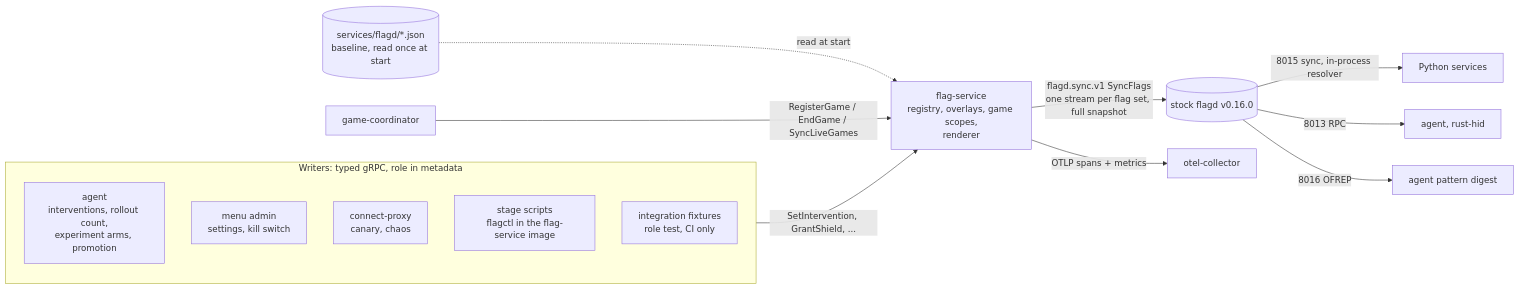
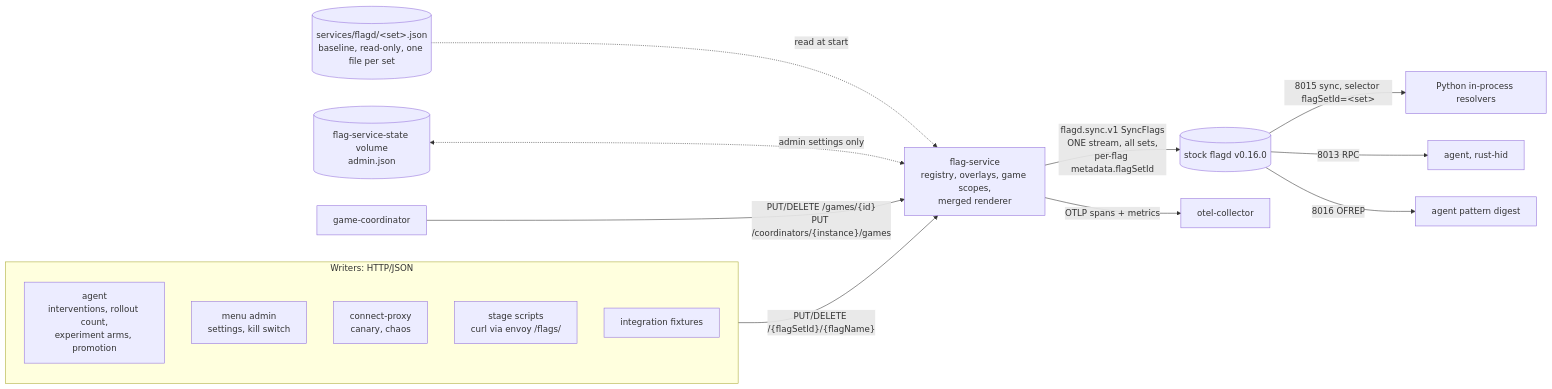
The diagram in docs/architecture/flag-service.md (WatchMeJoustMyFlags/JoustMania), drawn with Mermaid before and after one commit. The commit also changed other lines of this file and 8 other files, not shown here.

````diff
--- a/docs/architecture/flag-service.md
+++ b/docs/architecture/flag-service.md
@@ -49,18 +67,19 @@
 ```mermaid
 flowchart LR
-    files[("services/flagd/*.json<br/>baseline, read once at start")] -.read at start.-> fs
-    subgraph writers [Writers: typed gRPC, role in metadata]
+    files[("services/flagd/&lt;set&gt;.json<br/>baseline, read-only, one file per set")] -.read at start.-> fs
+    admin[("flag-service-state volume<br/>admin.json")] <-.admin settings only.-> fs
+    subgraph writers [Writers: HTTP/JSON]
         agent[agent<br/>interventions, rollout count,<br/>experiment arms, promotion]
         menu[menu admin<br/>settings, kill switch]
         cproxy[connect-proxy<br/>canary, chaos]
-        stage[stage scripts<br/>flagctl in the flag-service image]
-        tests[integration fixtures<br/>role test, CI only]
+        stage[stage scripts<br/>curl via envoy /flags/]
+        tests[integration fixtures]
     end
-    gc[game-coordinator] -->|RegisterGame / EndGame / SyncLiveGames| fs
-    writers -->|SetIntervention, GrantShield, ...| fs
-    fs[flag-service<br/>registry, overlays, game scopes,<br/>renderer] -->|"flagd.sync.v1 SyncFlags<br/>one stream per flag set, full snapshot"| flagd[(stock flagd v0.16.0)]
-    flagd -->|8015 sync, in-process resolver| py[Python services]
+    gc[game-coordinator] -->|"PUT/DELETE /games/{id}<br/>PUT /coordinators/{instance}/games"| fs
+    writers -->|"PUT/DELETE /{flagSetId}/{flagName}"| fs
+    fs[flag-service<br/>registry, overlays, game scopes,<br/>merged renderer] -->|"flagd.sync.v1 SyncFlags<br/>ONE stream, all sets,<br/>per-flag metadata.flagSetId"| flagd[(stock flagd v0.16.0)]
+    flagd -->|"8015 sync, selector flagSetId=&lt;set&gt;"| py[Python in-process resolvers]
     flagd -->|8013 RPC| goagent[agent, rust-hid]
     flagd -->|8016 OFREP| digest[agent pattern digest]
     fs -->|OTLP spans + metrics| otel[otel-collector]
 ```
````
